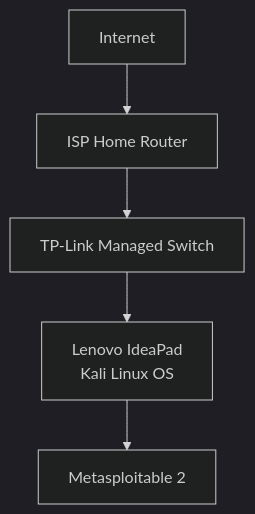
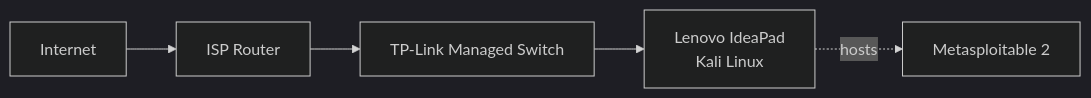
Before and after one commit to earnesttavares/BlueCyberLab: the diagram in README.md, drawn with Mermaid (dark theme). The commit also changed other lines of this file, not shown here.

Commit message:
Revise lab topology and tools section title
Updated lab topology diagram and changed section title.

````diff
--- a/README.md
+++ b/README.md
@@ -45,13 +45,7 @@
 ```mermaid
-graph TD
-    Internet[Internet]
-    Router[ISP Home Router]
-    Switch[TP-Link Managed Switch]
-    Host[Lenovo IdeaPad <br> Kali Linux OS]
-    VM[Metasploitable 2]
-
-    Internet --> Router
-    Router --> Switch
-    Switch --> Host
-    Host --> VM
+graph LR
+    Internet[Internet] --> Router[ISP Router]
+    Router --> Switch[TP-Link Managed Switch]
+    Switch --> Host["Lenovo IdeaPad<br>Kali Linux"]
+    Host -.hosts.-> VM[Metasploitable 2] 
 ```
````
